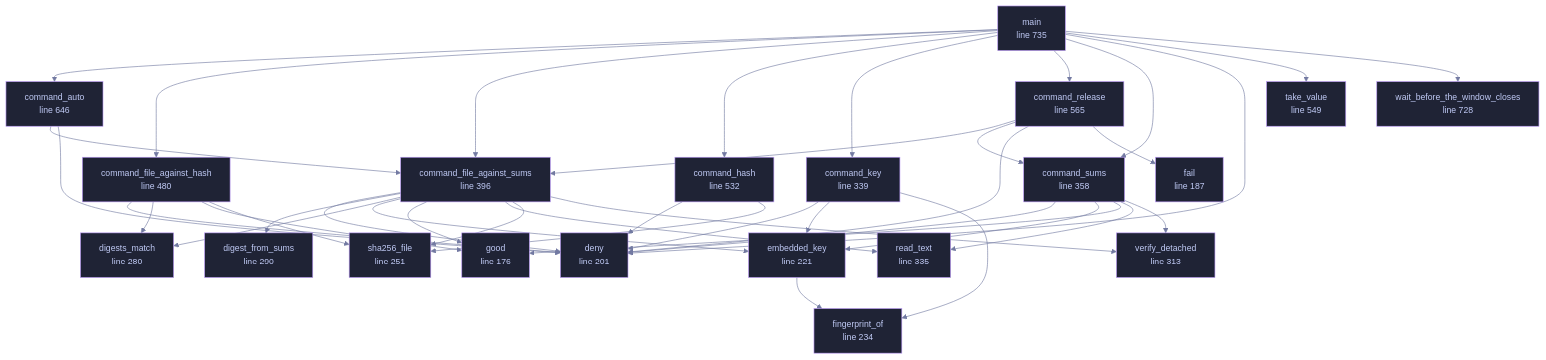
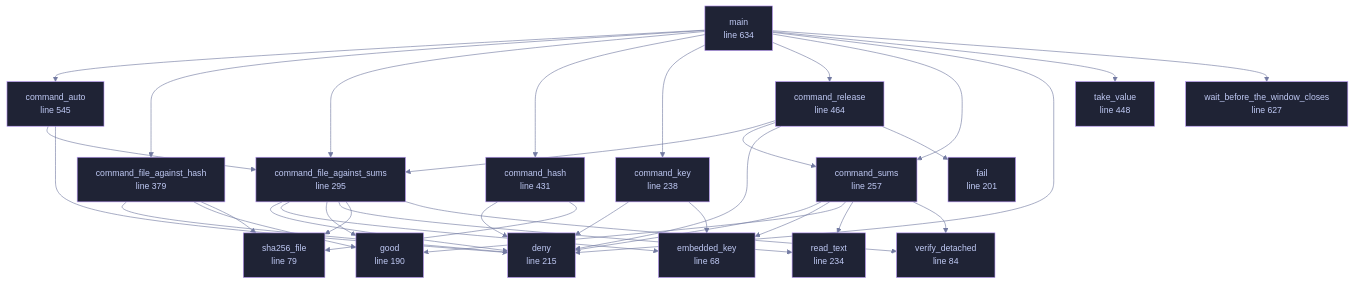
One commit to tilas01/veilvoice changed the diagram in wiki/File-veilvoice-verify-main.md. Above: the diagram before and after it, drawn with Mermaid. The commit also changed other lines of this file and 62 other files, not shown here.

````diff
--- a/wiki/File-veilvoice-verify-main.md
+++ b/wiki/File-veilvoice-verify-main.md
@@ -70,35 +70,29 @@
 ```mermaid
 %%{init: {"theme":"base","themeVariables":{"background":"#1a1b26","primaryColor":"#1f2335","primaryTextColor":"#c0caf5","primaryBorderColor":"#7aa2f7","secondaryColor":"#16161e","tertiaryColor":"#16161e","lineColor":"#737aa2","textColor":"#c0caf5","mainBkg":"#1f2335","nodeBorder":"#7aa2f7","clusterBkg":"#16161e","clusterBorder":"#2f3549","fontFamily":"ui-monospace, SFMono-Regular, Consolas, monospace","fontSize":"14px"}}}%%
 flowchart TD
-    n_good["good<br/>line 176"]
-    n_fail["fail<br/>line 187"]
-    n_deny["deny<br/>line 201"]
-    n_embedded_key["embedded_key<br/>line 221"]
-    n_fingerprint_of["fingerprint_of<br/>line 234"]
-    n_sha256_file["sha256_file<br/>line 251"]
-    n_digests_match["digests_match<br/>line 280"]
-    n_digest_from_sums["digest_from_sums<br/>line 290"]
-    n_verify_detached["verify_detached<br/>line 313"]
-    n_read_text["read_text<br/>line 335"]
-    n_command_key["command_key<br/>line 339"]
-    n_command_sums["command_sums<br/>line 358"]
-    n_command_file_against_sums["command_file_against_sums<br/>line 396"]
-    n_command_file_against_hash["command_file_against_hash<br/>line 480"]
-    n_command_hash["command_hash<br/>line 532"]
-    n_take_value["take_value<br/>line 549"]
-    n_command_release["command_release<br/>line 565"]
-    n_command_auto["command_auto<br/>line 646"]
-    n_wait_before_the_window_closes["wait_before_the_window_closes<br/>line 728"]
-    n_main["main<br/>line 735"]
+    n_embedded_key["embedded_key<br/>line 68"]
+    n_sha256_file["sha256_file<br/>line 79"]
+    n_verify_detached["verify_detached<br/>line 84"]
+    n_good["good<br/>line 190"]
+    n_fail["fail<br/>line 201"]
+    n_deny["deny<br/>line 215"]
+    n_read_text["read_text<br/>line 234"]
+    n_command_key["command_key<br/>line 238"]
+    n_command_sums["command_sums<br/>line 257"]
+    n_command_file_against_sums["command_file_against_sums<br/>line 295"]
+    n_command_file_against_hash["command_file_against_hash<br/>line 379"]
+    n_command_hash["command_hash<br/>line 431"]
+    n_take_value["take_value<br/>line 448"]
+    n_command_release["command_release<br/>line 464"]
+    n_command_auto["command_auto<br/>line 545"]
+    n_wait_before_the_window_closes["wait_before_the_window_closes<br/>line 627"]
+    n_main["main<br/>line 634"]
     n_command_auto --> n_command_file_against_sums
     n_command_auto --> n_deny
     n_command_file_against_hash --> n_deny
-    n_command_file_against_hash --> n_digests_match
     n_command_file_against_hash --> n_good
     n_command_file_against_hash --> n_sha256_file
     n_command_file_against_sums --> n_deny
-    n_command_file_against_sums --> n_digest_from_sums
-    n_command_file_against_sums --> n_digests_match
     n_command_file_against_sums --> n_embedded_key
     n_command_file_against_sums --> n_good
     n_command_file_against_sums --> n_read_text
@@ -108,7 +102,6 @@
     n_command_hash --> n_sha256_file
     n_command_key --> n_deny
     n_command_key --> n_embedded_key
-    n_command_key --> n_fingerprint_of
     n_command_release --> n_command_file_against_sums
     n_command_release --> n_command_sums
     n_command_release --> n_deny
@@ -118,7 +111,6 @@
     n_command_sums --> n_good
     n_command_sums --> n_read_text
     n_command_sums --> n_verify_detached
-    n_embedded_key --> n_fingerprint_of
     n_main --> n_command_auto
     n_main --> n_command_file_against_hash
     n_main --> n_command_file_against_sums
@@ -129,26 +121,23 @@
     n_main --> n_deny
     n_main --> n_take_value
     n_main --> n_wait_before_the_window_closes
-    click n_good href "https://github.com/tilas01/veilvoice/blob/main/crates/veilvoice-verify/src/main.rs#L176" "open the source"
-    click n_fail href "https://github.com/tilas01/veilvoice/blob/main/crates/veilvoice-verify/src/main.rs#L187" "open the source"
-    click n_deny href "https://github.com/tilas01/veilvoice/blob/main/crates/veilvoice-verify/src/main.rs#L201" "open the source"
-    click n_embedded_key href "https://github.com/tilas01/veilvoice/blob/main/crates/veilvoice-verify/src/main.rs#L221" "open the source"
-    click n_fingerprint_of href "https://github.com/tilas01/veilvoice/blob/main/crates/veilvoice-verify/src/main.rs#L234" "open the source"
-    click n_sha256_file href "https://github.com/tilas01/veilvoice/blob/main/crates/veilvoice-verify/src/main.rs#L251" "open the source"
-    click n_digests_match href "https://github.com/tilas01/veilvoice/blob/main/crates/veilvoice-verify/src/main.rs#L280" "open the source"
-    click n_digest_from_sums href "https://github.com/tilas01/veilvoice/blob/main/crates/veilvoice-verify/src/main.rs#L290" "open the source"
-    click n_verify_detached href "https://github.com/tilas01/veilvoice/blob/main/crates/veilvoice-verify/src/main.rs#L313" "open the source"
-    click n_read_text href "https://github.com/tilas01/veilvoice/blob/main/crates/veilvoice-verify/src/main.rs#L335" "open the source"
-    click n_command_key href "https://github.com/tilas01/veilvoice/blob/main/crates/veilvoice-verify/src/main.rs#L339" "open the source"
-    click n_command_sums href "https://github.com/tilas01/veilvoice/blob/main/crates/veilvoice-verify/src/main.rs#L358" "open the source"
-    click n_command_file_against_sums href "https://github.com/tilas01/veilvoice/blob/main/crates/veilvoice-verify/src/main.rs#L396" "open the source"
-    click n_command_file_against_hash href "https://github.com/tilas01/veilvoice/blob/main/crates/veilvoice-verify/src/main.rs#L480" "open the source"
-    click n_command_hash href "https://github.com/tilas01/veilvoice/blob/main/crates/veilvoice-verify/src/main.rs#L532" "open the source"
-    click n_take_value href "https://github.com/tilas01/veilvoice/blob/main/crates/veilvoice-verify/src/main.rs#L549" "open the source"
-    click n_command_release href "https://github.com/tilas01/veilvoice/blob/main/crates/veilvoice-verify/src/main.rs#L565" "open the source"
-    click n_command_auto href "https://github.com/tilas01/veilvoice/blob/main/crates/veilvoice-verify/src/main.rs#L646" "open the source"
-    click n_wait_before_the_window_closes href "https://github.com/tilas01/veilvoice/blob/main/crates/veilvoice-verify/src/main.rs#L728" "open the source"
-    click n_main href "https://github.com/tilas01/veilvoice/blob/main/crates/veilvoice-verify/src/main.rs#L735" "open the source"
+    click n_embedded_key href "https://github.com/tilas01/veilvoice/blob/main/crates/veilvoice-verify/src/main.rs#L68" "open the source"
+    click n_sha256_file href "https://github.com/tilas01/veilvoice/blob/main/crates/veilvoice-verify/src/main.rs#L79" "open the source"
+    click n_verify_detached href "https://github.com/tilas01/veilvoice/blob/main/crates/veilvoice-verify/src/main.rs#L84" "open the source"
+    click n_good href "https://github.com/tilas01/veilvoice/blob/main/crates/veilvoice-verify/src/main.rs#L190" "open the source"
+    click n_fail href "https://github.com/tilas01/veilvoice/blob/main/crates/veilvoice-verify/src/main.rs#L201" "open the source"
+    click n_deny href "https://github.com/tilas01/veilvoice/blob/main/crates/veilvoice-verify/src/main.rs#L215" "open the source"
+    click n_read_text href "https://github.com/tilas01/veilvoice/blob/main/crates/veilvoice-verify/src/main.rs#L234" "open the source"
+    click n_command_key href "https://github.com/tilas01/veilvoice/blob/main/crates/veilvoice-verify/src/main.rs#L238" "open the source"
+    click n_command_sums href "https://github.com/tilas01/veilvoice/blob/main/crates/veilvoice-verify/src/main.rs#L257" "open the source"
+    click n_command_file_against_sums href "https://github.com/tilas01/veilvoice/blob/main/crates/veilvoice-verify/src/main.rs#L295" "open the source"
+    click n_command_file_against_hash href "https://github.com/tilas01/veilvoice/blob/main/crates/veilvoice-verify/src/main.rs#L379" "open the source"
+    click n_command_hash href "https://github.com/tilas01/veilvoice/blob/main/crates/veilvoice-verify/src/main.rs#L431" "open the source"
+    click n_take_value href "https://github.com/tilas01/veilvoice/blob/main/crates/veilvoice-verify/src/main.rs#L448" "open the source"
+    click n_command_release href "https://github.com/tilas01/veilvoice/blob/main/crates/veilvoice-verify/src/main.rs#L464" "open the source"
+    click n_command_auto href "https://github.com/tilas01/veilvoice/blob/main/crates/veilvoice-verify/src/main.rs#L545" "open the source"
+    click n_wait_before_the_window_closes href "https://github.com/tilas01/veilvoice/blob/main/crates/veilvoice-verify/src/main.rs#L627" "open the source"
+    click n_main href "https://github.com/tilas01/veilvoice/blob/main/crates/veilvoice-verify/src/main.rs#L634" "open the source"
     classDef helper fill:#1f2335,stroke:#bb9af7,color:#c0caf5
-    class n_good,n_fail,n_deny,n_embedded_key,n_fingerprint_of,n_sha256_file,n_digests_match,n_digest_from_sums,n_verify_detached,n_read_text,n_command_key,n_command_sums,n_command_file_against_sums,n_command_file_against_hash,n_command_hash,n_take_value,n_command_release,n_command_auto,n_wait_before_the_window_closes,n_main helper
+    class n_embedded_key,n_sha256_file,n_verify_detached,n_good,n_fail,n_deny,n_read_text,n_command_key,n_command_sums,n_command_file_against_sums,n_command_file_against_hash,n_command_hash,n_take_value,n_command_release,n_command_auto,n_wait_before_the_window_closes,n_main helper
 ```
````
